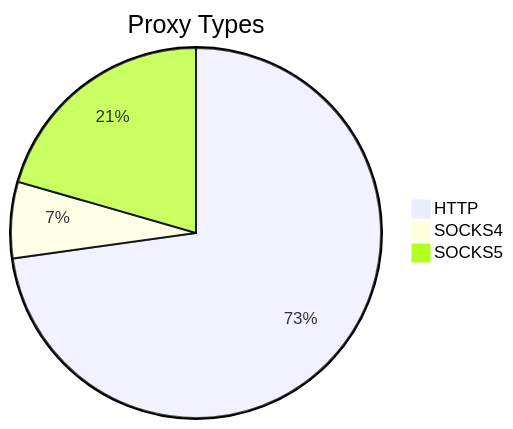
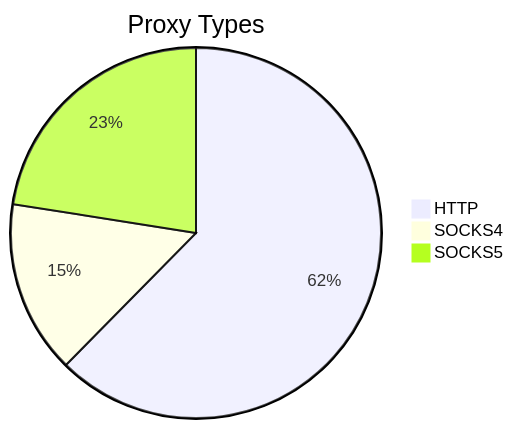
One commit to stormsia/proxy-list changed the first of 2 diagrams in README.md. Above: the diagram before and after it, drawn with Mermaid. The commit also changed other lines of this file, not shown here.

````diff
--- a/README.md
+++ b/README.md
@@ -21,6 +21,6 @@
 ```mermaid
 pie title Proxy Types
-    "HTTP" : 404
-    "SOCKS4" : 37
-    "SOCKS5" : 114
+    "HTTP" : 388
+    "SOCKS4" : 94
+    "SOCKS5" : 140
 ```
````
